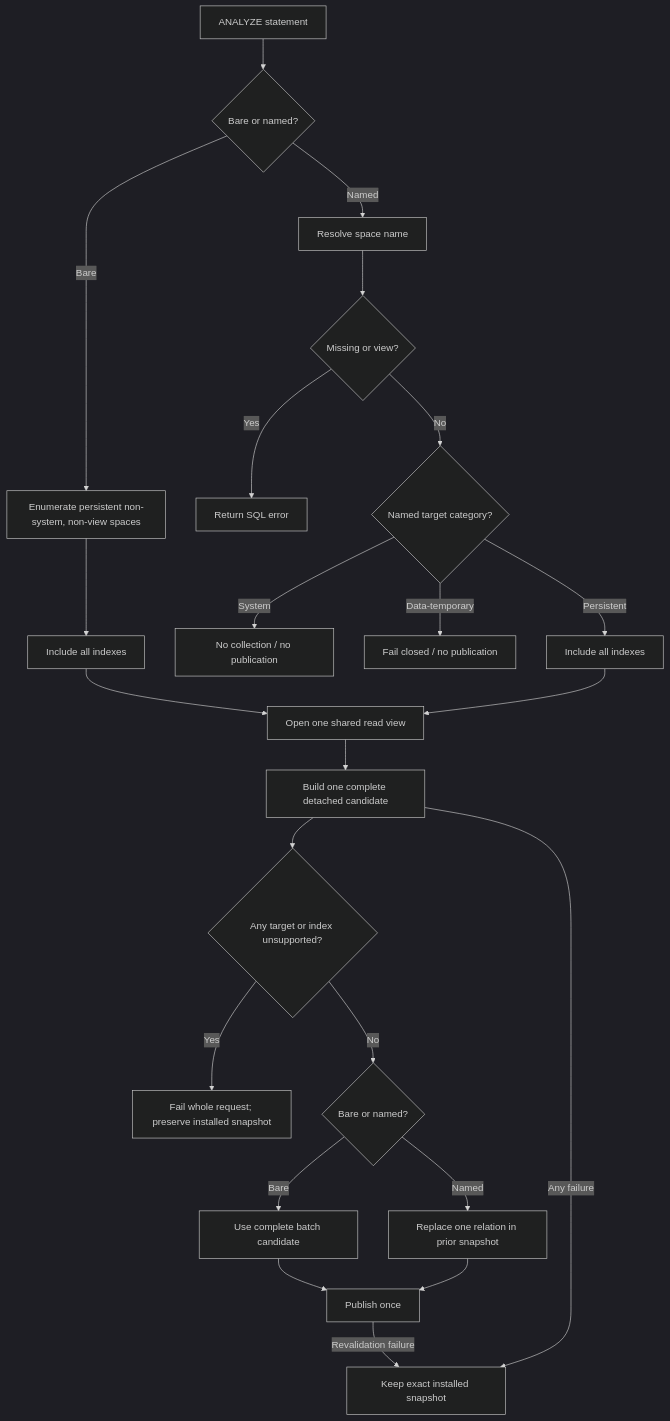
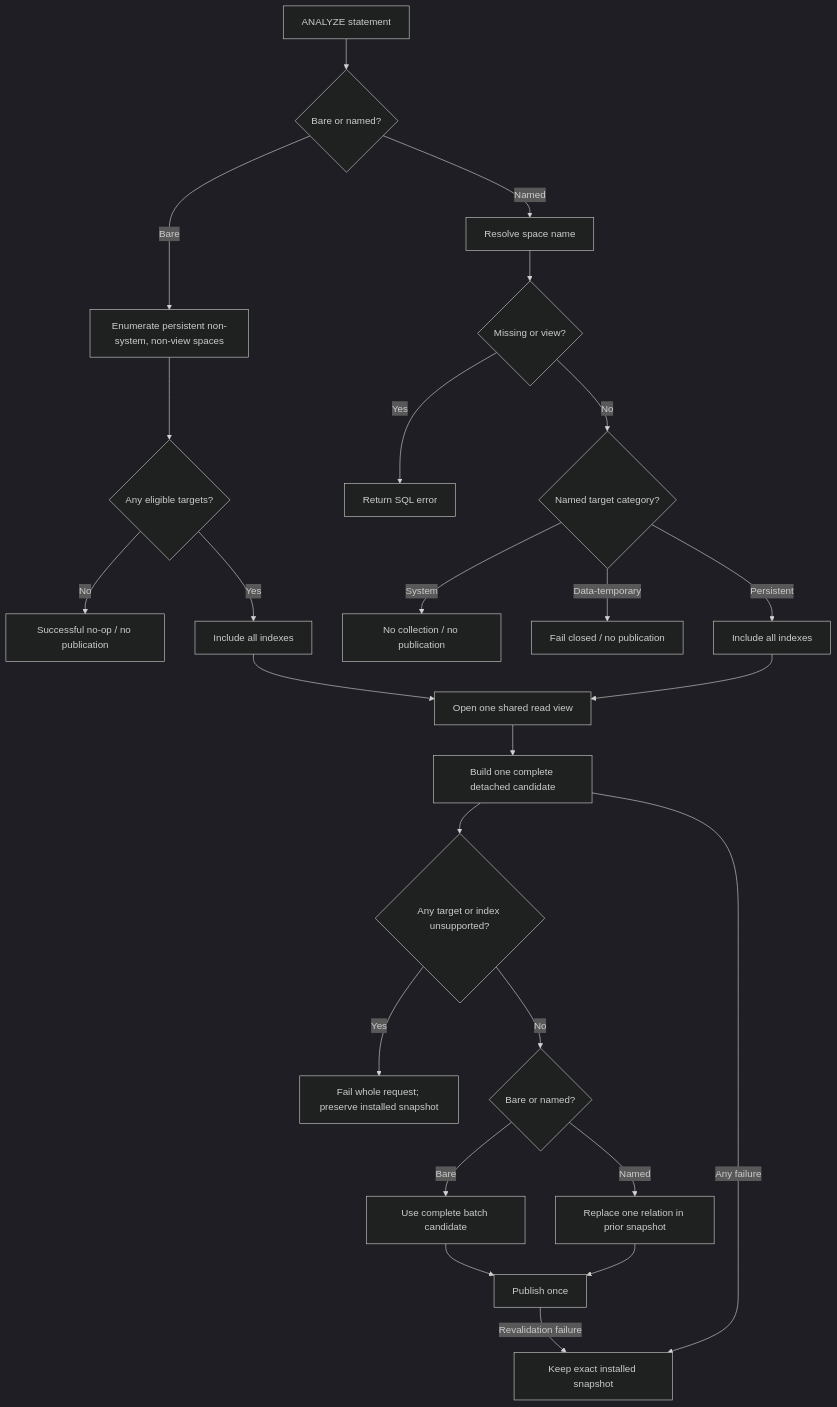
The second of 3 diagrams in docs/vdbe/roadmap.md (tsafin/tarantool-dsql), drawn with Mermaid (dark theme) before and after one commit. The commit also changed other lines of this file and 2 other files, not shown here.

````diff
--- a/docs/vdbe/roadmap.md
+++ b/docs/vdbe/roadmap.md
@@ -613,25 +614,27 @@
   ```mermaid
   flowchart TD
     A[ANALYZE statement] --> B{Bare or named?}
     B -- Bare --> C[Enumerate persistent non-system, non-view spaces]
-    C --> D[Include all indexes]
+    C --> Z{Any eligible targets?}
+    Z -- No --> Z1[Successful no-op / no publication]
+    Z -- Yes --> D[Include all indexes]
     B -- Named --> E[Resolve space name]
     E --> F{Missing or view?}
     F -- Yes --> X[Return SQL error]
     F -- No --> G{Named target category?}
     G -- System --> H[No collection / no publication]
     G -- Data-temporary --> X2[Fail closed / no publication]
     G -- Persistent --> I[Include all indexes]
     D --> J[Open one shared read view]
     I --> J
     J --> K[Build one complete detached candidate]
     K --> Q{Any target or index unsupported?}
     Q -- Yes --> R[Fail whole request; preserve installed snapshot]
     Q -- No --> L{Bare or named?}
     L -- Bare --> M[Use complete batch candidate]
     L -- Named --> N[Replace one relation in prior snapshot]
     M --> O[Publish once]
     N --> O
     K -- Any failure --> P[Keep exact installed snapshot]
     O -- Revalidation failure --> P
   ```
````
